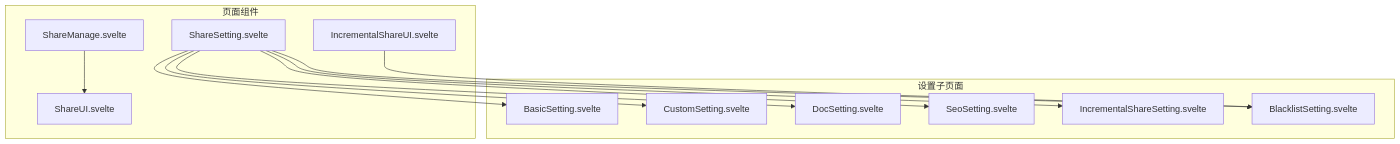
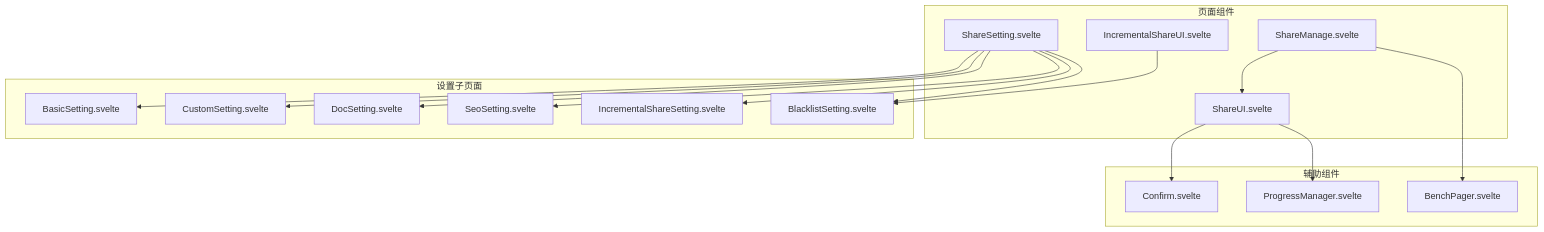
One commit to terwerinc/siyuan-plugin-share-pro changed the first of 7 diagrams in .qoder/repowiki/zh/content/UI组件系统/页面组件.md. Above: the diagram before and after it, drawn with Mermaid. The commit also changed other lines of this file and 10 other files, not shown here.

````diff
--- a/.qoder/repowiki/zh/content/UI组件系统/页面组件.md
+++ b/.qoder/repowiki/zh/content/UI组件系统/页面组件.md
@@ -42,25 +55,33 @@
 ```mermaid
 graph TB
 subgraph "页面组件"
 SS["ShareSetting.svelte"]
 ISUI["IncrementalShareUI.svelte"]
 SM["ShareManage.svelte"]
 SU["ShareUI.svelte"]
 end
 subgraph "设置子页面"
 BS["BasicSetting.svelte"]
 CS["CustomSetting.svelte"]
 DS["DocSetting.svelte"]
 SEO["SeoSetting.svelte"]
 ISS["IncrementalShareSetting.svelte"]
 BL["BlacklistSetting.svelte"]
 end
+subgraph "辅助组件"
+CONF["Confirm.svelte"]
+PM["ProgressManager.svelte"]
+BP["BenchPager.svelte"]
+end
 SS --> BS
 SS --> CS
 SS --> DS
 SS --> SEO
 SS --> ISS
 SS --> BL
 ISUI --> BL
 SM --> SU
+SU --> CONF
+SU --> PM
+SM --> BP
 ```
````
